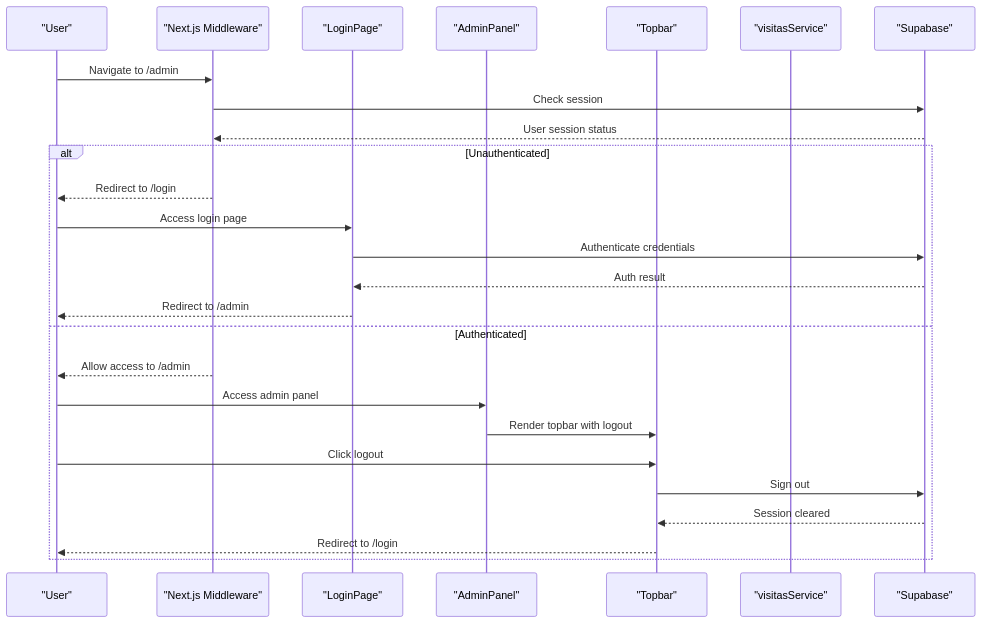
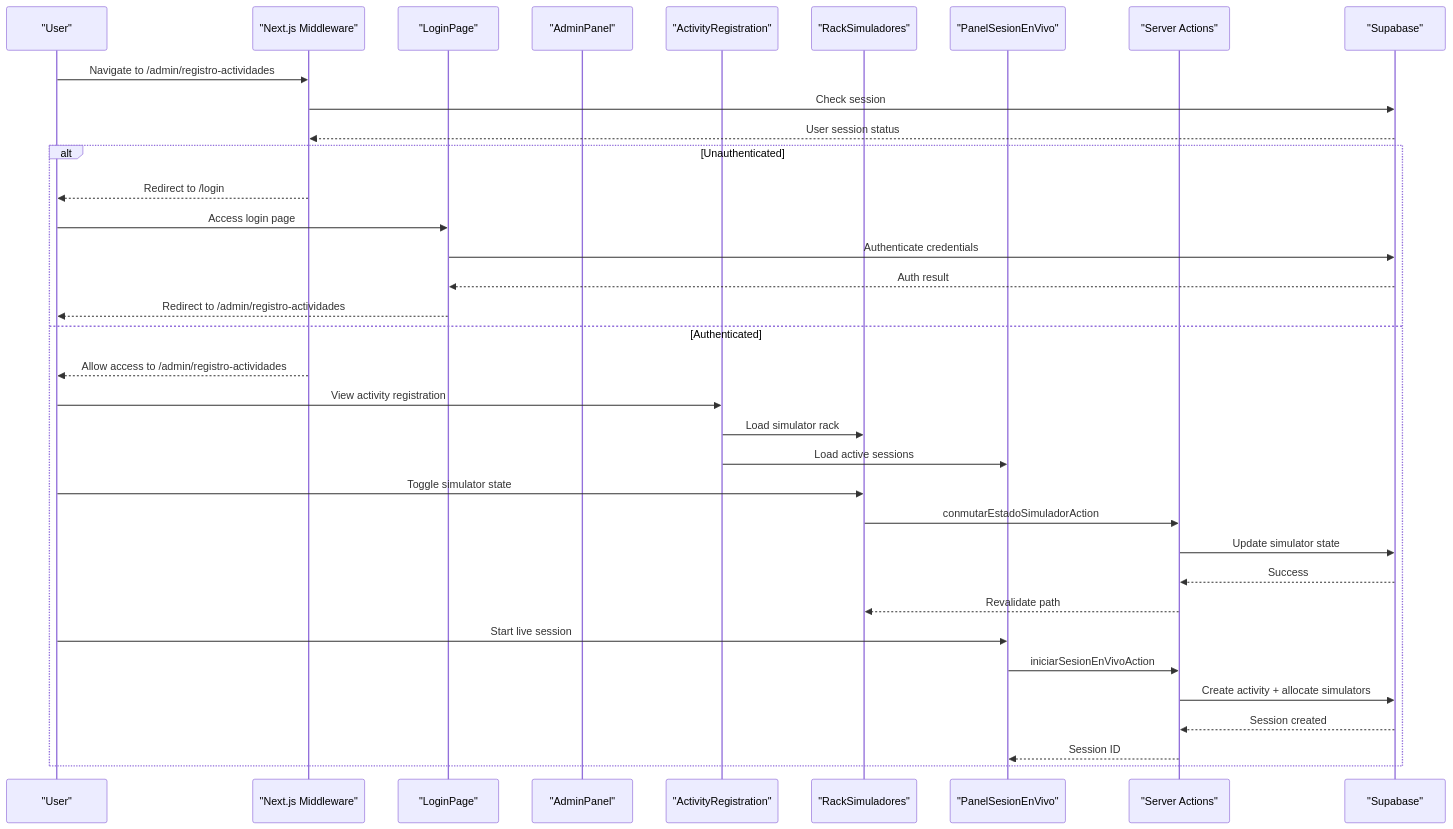
The second of 8 diagrams in .qoder/repowiki/en/content/Application Structure & Organization/Administrative Panel.md (AgusCatra/simu-twin-web), drawn with Mermaid before and after one commit. The commit also changed other lines of this file and 7 other files, not shown here.

First line of the commit message:
feat(admin): agregar sistema integral de registro de actividades y gestión en vivo

````diff
--- a/.qoder/repowiki/en/content/Application Structure & Organization/Administrative Panel.md
+++ b/.qoder/repowiki/en/content/Application Structure & Organization/Administrative Panel.md
@@ -130,28 +169,37 @@
 ```mermaid
 sequenceDiagram
 participant User as "User"
 participant Middleware as "Next.js Middleware"
 participant Login as "LoginPage"
 participant Admin as "AdminPanel"
-participant Topbar as "Topbar"
-participant Service as "visitasService"
+participant ActivityPage as "ActivityRegistration"
+participant Rack as "RackSimuladores"
+participant Panel as "PanelSesionEnVivo"
+participant Actions as "Server Actions"
 participant DB as "Supabase"
-User->>Middleware : Navigate to /admin
+User->>Middleware : Navigate to /admin/registro-actividades
 Middleware->>DB : Check session
 DB-->>Middleware : User session status
 alt Unauthenticated
 Middleware-->>User : Redirect to /login
 User->>Login : Access login page
 Login->>DB : Authenticate credentials
 DB-->>Login : Auth result
-Login-->>User : Redirect to /admin
+Login-->>User : Redirect to /admin/registro-actividades
 else Authenticated
-Middleware-->>User : Allow access to /admin
-User->>Admin : Access admin panel
-Admin->>Topbar : Render topbar with logout
-User->>Topbar : Click logout
-Topbar->>DB : Sign out
-DB-->>Topbar : Session cleared
-Topbar-->>User : Redirect to /login
+Middleware-->>User : Allow access to /admin/registro-actividades
+User->>ActivityPage : View activity registration
+ActivityPage->>Rack : Load simulator rack
+ActivityPage->>Panel : Load active sessions
+User->>Rack : Toggle simulator state
+Rack->>Actions : conmutarEstadoSimuladorAction
+Actions->>DB : Update simulator state
+DB-->>Actions : Success
+Actions-->>Rack : Revalidate path
+User->>Panel : Start live session
+Panel->>Actions : iniciarSesionEnVivoAction
+Actions->>DB : Create activity + allocate simulators
+DB-->>Actions : Session created
+Actions-->>Panel : Session ID
 end
 ```
````
